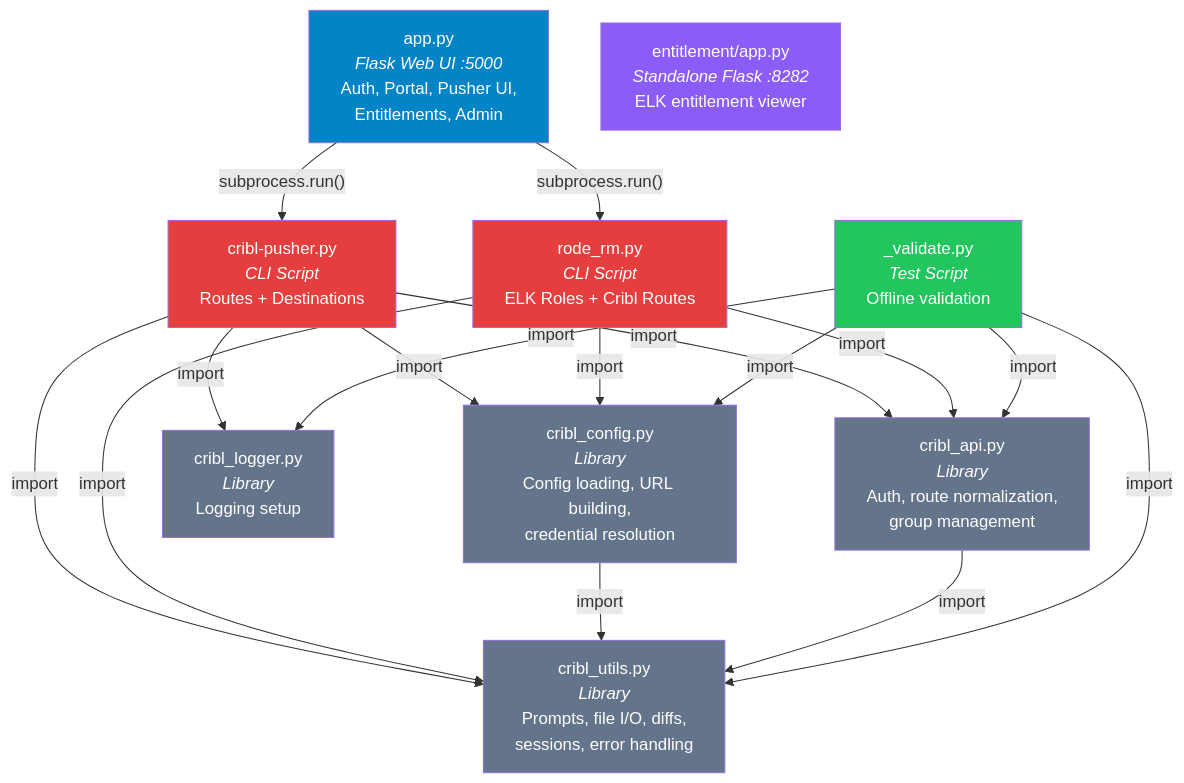
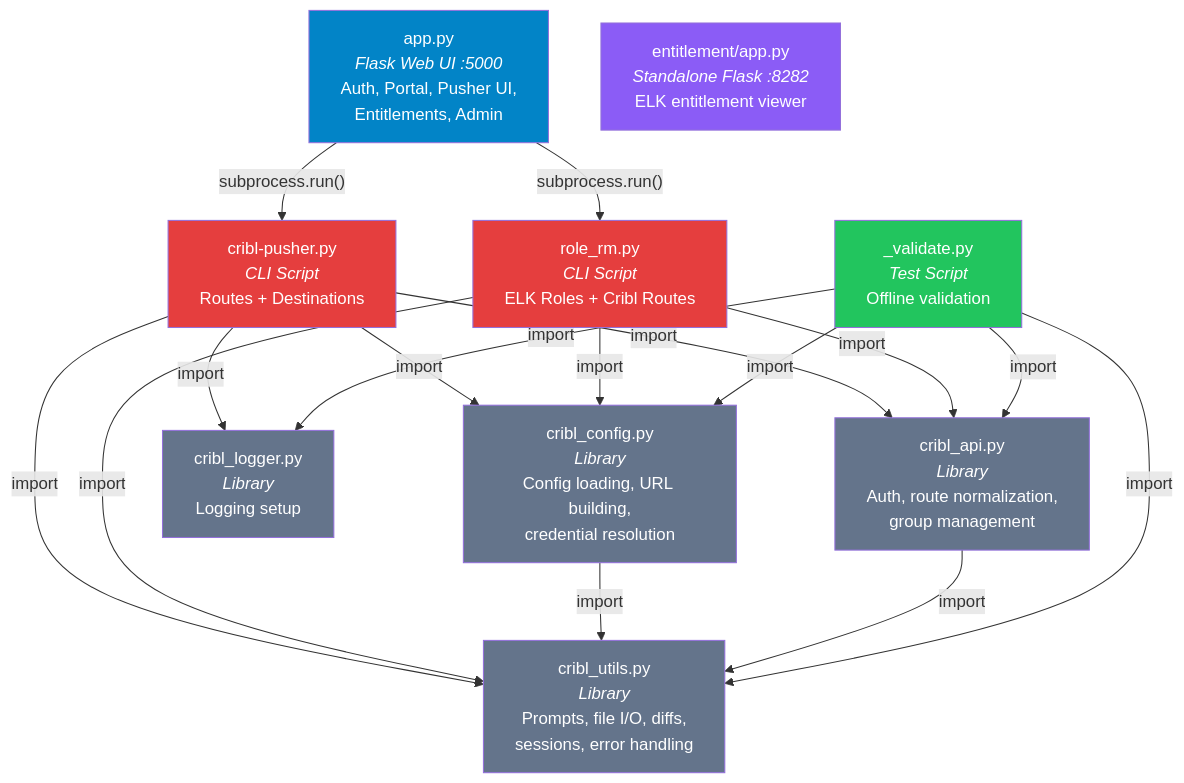
The first of 10 diagrams in flowchart-python.md (ambalbek/crud_cribl-elk), drawn with Mermaid before and after one commit. The commit also changed other lines of this file and 15 other files, not shown here.

Commit message:
updated flow

````diff
--- a/flowchart-python.md
+++ b/flowchart-python.md
@@ -5,36 +5,36 @@
 ```mermaid
 flowchart TD
     APP["app.py<br><i>Flask Web UI :5000</i><br>Auth, Portal, Pusher UI,<br>Entitlements, Admin"]
 
     APP -- "subprocess.run()" --> PUSHER["cribl-pusher.py<br><i>CLI Script</i><br>Routes + Destinations"]
-    APP -- "subprocess.run()" --> RODE["rode_rm.py<br><i>CLI Script</i><br>ELK Roles + Cribl Routes"]
+    APP -- "subprocess.run()" --> RODE["role_rm.py<br><i>CLI Script</i><br>ELK Roles + Cribl Routes"]
 
     PUSHER -- import --> CONFIG["cribl_config.py<br><i>Library</i><br>Config loading, URL building,<br>credential resolution"]
     PUSHER -- import --> API["cribl_api.py<br><i>Library</i><br>Auth, route normalization,<br>group management"]
     PUSHER -- import --> UTILS["cribl_utils.py<br><i>Library</i><br>Prompts, file I/O, diffs,<br>sessions, error handling"]
     PUSHER -- import --> LOGGER["cribl_logger.py<br><i>Library</i><br>Logging setup"]
 
     RODE -- import --> CONFIG
     RODE -- import --> API
     RODE -- import --> UTILS
 
     CONFIG -- import --> UTILS
     API -- import --> UTILS
 
     VALIDATE["_validate.py<br><i>Test Script</i><br>Offline validation"] -- import --> CONFIG
     VALIDATE -- import --> API
     VALIDATE -- import --> UTILS
     VALIDATE -- import --> LOGGER
 
     ENT["entitlement/app.py<br><i>Standalone Flask :8282</i><br>ELK entitlement viewer"]
 
     style APP fill:#0284c7,color:#fff
     style PUSHER fill:#e53e3e,color:#fff
     style RODE fill:#e53e3e,color:#fff
     style CONFIG fill:#64748b,color:#fff
     style API fill:#64748b,color:#fff
     style UTILS fill:#64748b,color:#fff
     style LOGGER fill:#64748b,color:#fff
     style VALIDATE fill:#22c55e,color:#fff
     style ENT fill:#8b5cf6,color:#fff
 ```
````
